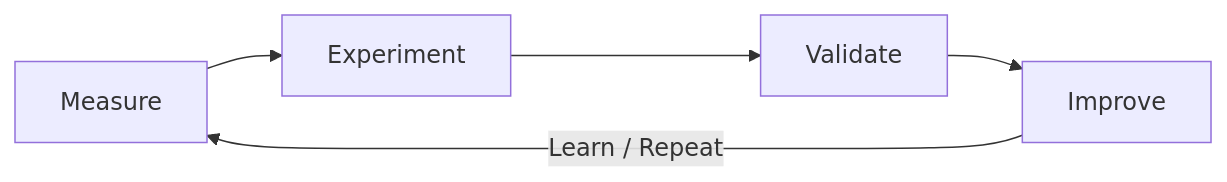
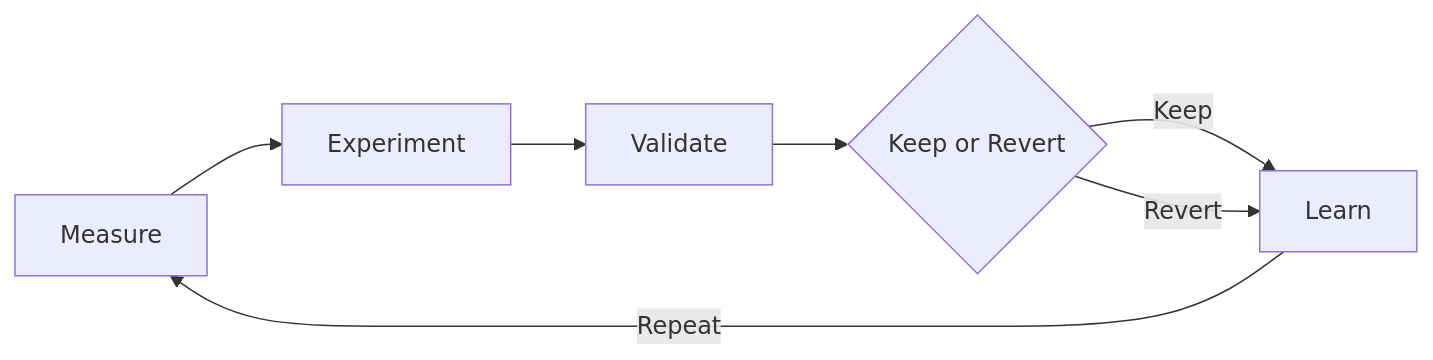
The first of 2 diagrams in README.md (theworker02/kraftverk), drawn with Mermaid before and after one commit. The commit also changed other lines of this file and 10 other files, not shown here.

````diff
--- a/README.md
+++ b/README.md
@@ -41,7 +84,9 @@
 ```mermaid
 flowchart LR
   M[Measure] --> E[Experiment]
   E --> V[Validate]
-  V --> I[Improve]
-  I -->|Learn / Repeat| M
+  V --> K{Keep or Revert}
+  K -->|Keep| L[Learn]
+  K -->|Revert| L
+  L -->|Repeat| M
 ```
````
